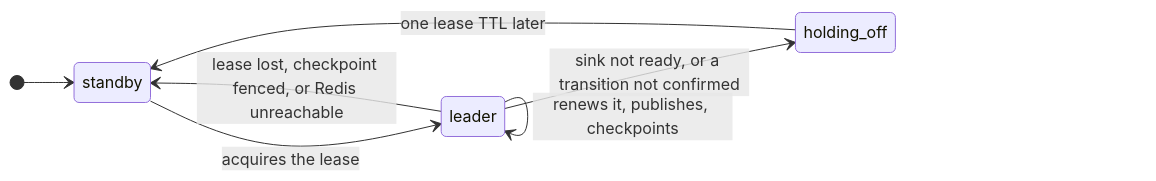
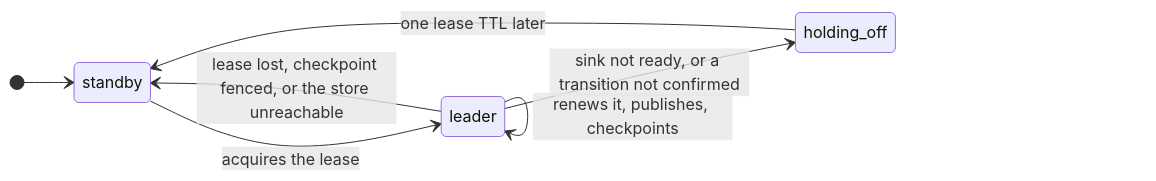
One commit to lsfera/circuit-breaker-unboxing changed the diagram in docs/high-availability.md. Above: the diagram before and after it, drawn with Mermaid. The commit also changed other lines of this file and 35 other files, not shown here.

````diff
--- a/docs/high-availability.md
+++ b/docs/high-availability.md
@@ -21,10 +22,10 @@
 ```mermaid
 stateDiagram-v2
   direction LR
   [*] --> standby
   standby --> leader: acquires the lease
   leader --> leader: renews it, publishes, checkpoints
-  leader --> standby: lease lost, checkpoint fenced, or Redis unreachable
+  leader --> standby: lease lost, checkpoint fenced, or the store unreachable
   leader --> holding_off: sink not ready, or a transition not confirmed
   holding_off --> standby: one lease TTL later
 ```
````
